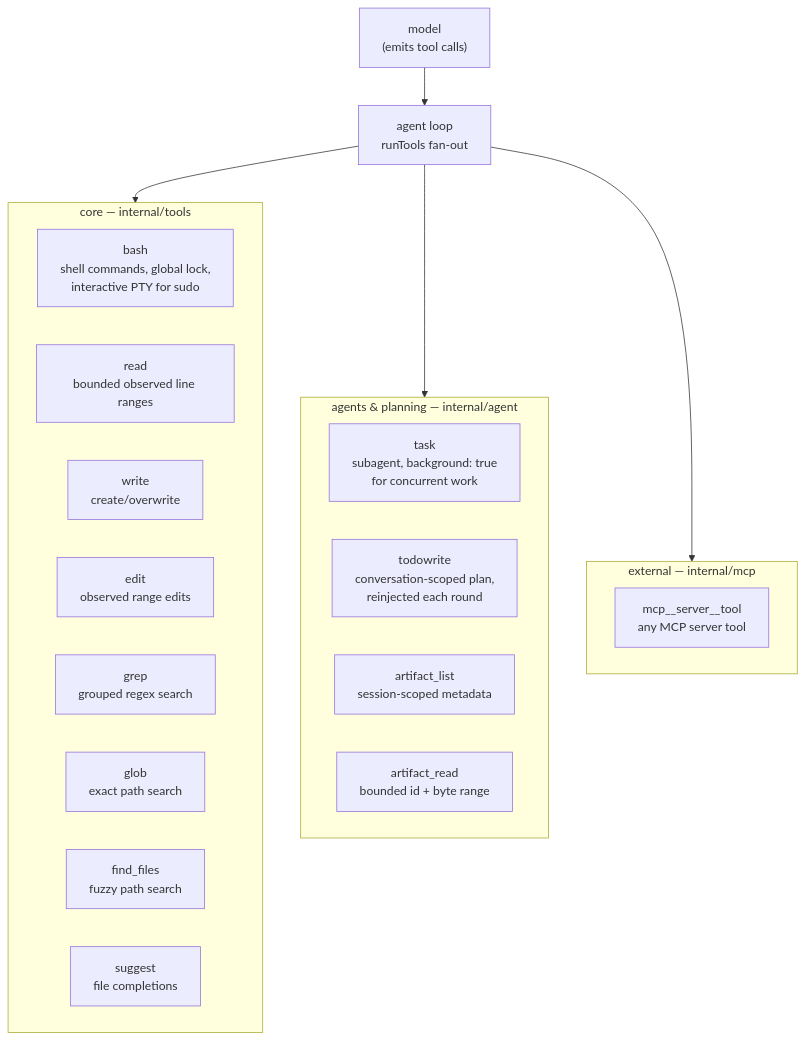
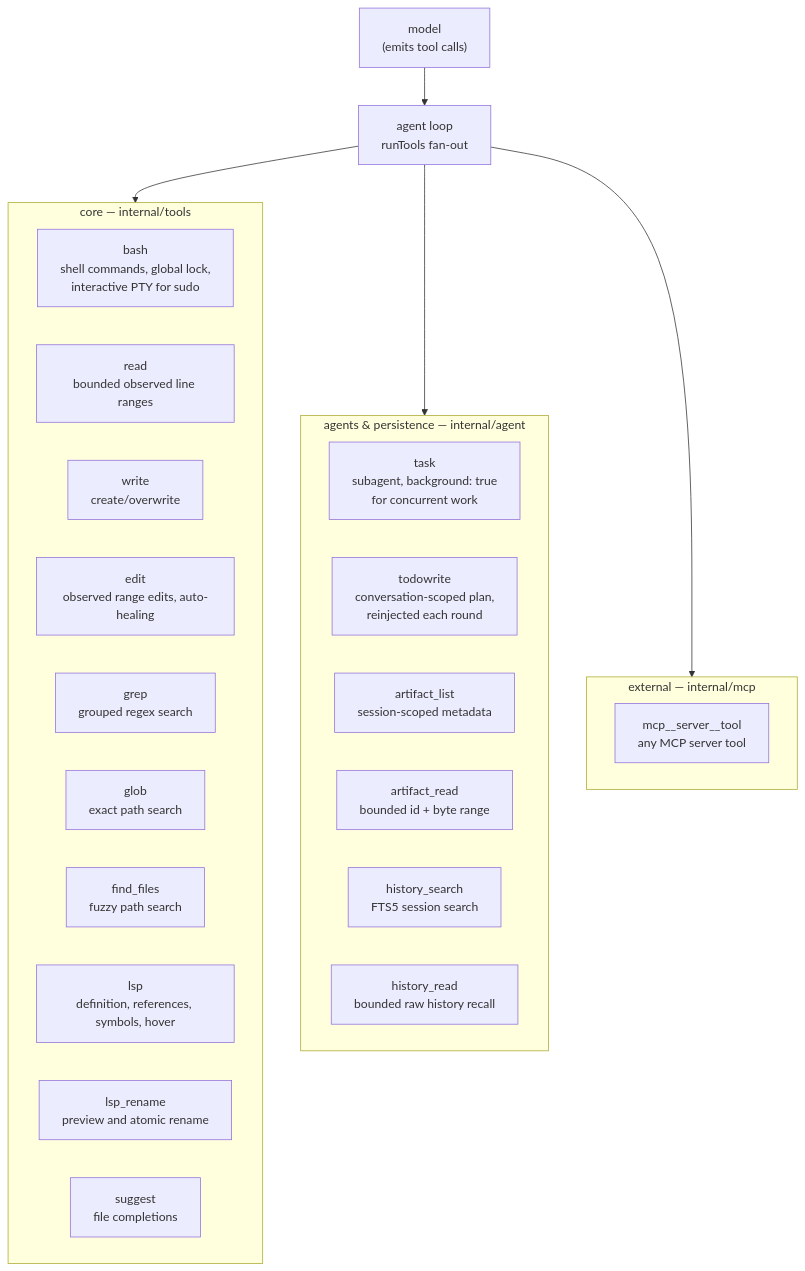
Before and after one commit to sacca97/ghg: the diagram in docs/tools.md, drawn with Mermaid. The commit also changed other lines of this file and 24 other files, not shown here.

````diff
--- a/docs/tools.md
+++ b/docs/tools.md
@@ -10,28 +10,32 @@
 ```mermaid
 flowchart TB
     MODEL["model<br/>(emits tool calls)"] --> LOOP["agent loop<br/>runTools fan-out"]
 
     subgraph core["core — internal/tools"]
         BASH["bash<br/>shell commands, global lock,<br/>interactive PTY for sudo"]
         READ["read<br/>bounded observed line ranges"]
         WRITE["write<br/>create/overwrite"]
-        EDIT["edit<br/>observed range edits"]
+        EDIT["edit<br/>observed range edits, auto-healing"]
         GREP["grep<br/>grouped regex search"]
         GLOB["glob<br/>exact path search"]
         FIND["find_files<br/>fuzzy path search"]
+        LSP["lsp<br/>definition, references, symbols, hover"]
+        LSPR["lsp_rename<br/>preview and atomic rename"]
         SUGGEST["suggest<br/>file completions"]
     end
 
-    subgraph agents["agents & planning — internal/agent"]
+    subgraph agents["agents & persistence — internal/agent"]
         TASK["task<br/>subagent, background: true<br/>for concurrent work"]
         TODO["todowrite<br/>conversation-scoped plan,<br/>reinjected each round"]
         ALIST["artifact_list<br/>session-scoped metadata"]
         AREAD["artifact_read<br/>bounded id + byte range"]
+        HSEARCH["history_search<br/>FTS5 session search"]
+        HREAD["history_read<br/>bounded raw history recall"]
     end
 
     subgraph ext["external — internal/mcp"]
         MCPT["mcp__server__tool<br/>any MCP server tool"]
     end
 
     LOOP --> core & agents & ext
 ```
````
